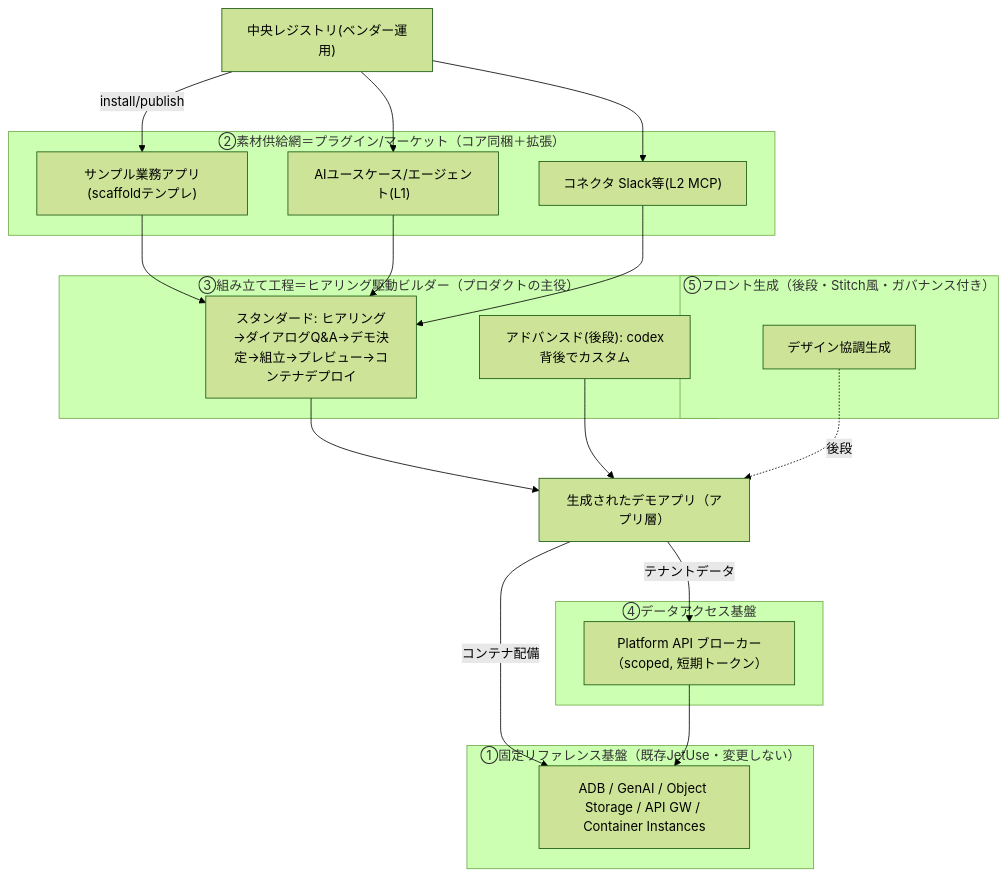
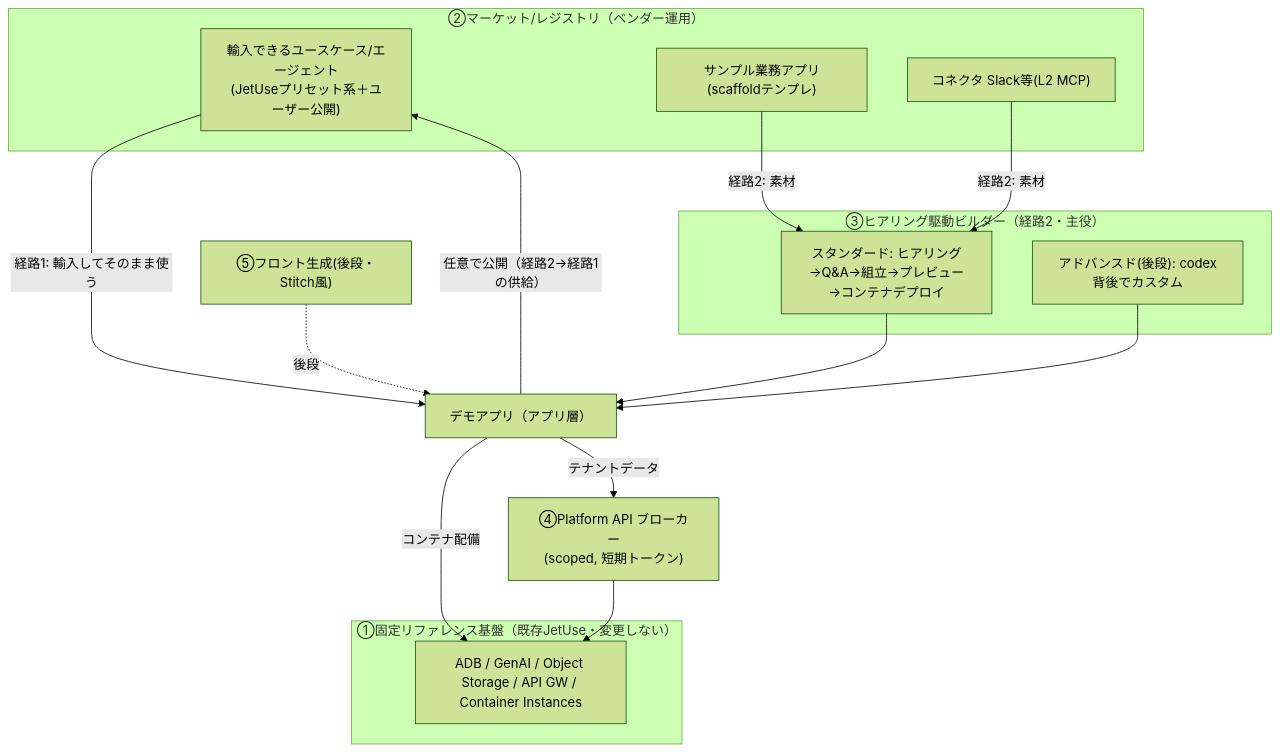
The diagram in docs/enhance/202607-demo-platform-plan.md (sogawa-yk/jetuse), drawn with Mermaid (forest theme) before and after one commit. The commit also changed other lines of this file, not shown here.

Commit message:
docs(enhance): clarify two usage paths (import vs build) in demo-platform plan
マーケットのAIユースケースは「ビルダーで合成する素材」ではなく「既にあれば輸入して
そのまま使う完成品」であることを明確化（施主指摘 2026-06-25）。
- 経路1: マーケットから輸入して使う（JetUseプリセット系＋ユーザー任意公開）= D4のMVP
- 経路2: 該当が無ければヒアリングビルダーで新規構成（素材=サンプルアプリ＋AI機能＋コネクタ）
- 循環: 経路2の成果は任意公開で経路1の供給になる
§1.4 追加、§3 概念図と§6を経路分離で修正。タスク分解(PLG/SBA)は影響なし。

````diff
--- a/docs/enhance/202607-demo-platform-plan.md
+++ b/docs/enhance/202607-demo-platform-plan.md
@@ -57,33 +64,27 @@
 ```mermaid
 flowchart TD
   subgraph L0["①固定リファレンス基盤（既存JetUse・変更しない）"]
     INFRA["ADB / GenAI / Object Storage / API GW / Container Instances"]
   end
-  subgraph L4["⑤フロント生成（後段・Stitch風・ガバナンス付き）"]
-    FE["デザイン協調生成"]
+  subgraph MP["②マーケット/レジストリ（ベンダー運用）"]
+    AIUC["輸入できるユースケース/エージェント\n(JetUseプリセット系＋ユーザー公開)"]
+    SBA["サンプル業務アプリ(scaffoldテンプレ)"]
+    CON["コネクタ Slack等(L2 MCP)"]
   end
-  subgraph L2b["③組み立て工程＝ヒアリング駆動ビルダー（プロダクトの主役）"]
-    STD["スタンダード: ヒアリング→ダイアログQ&A→デモ決定→組立→プレビュー→コンテナデプロイ"]
+  subgraph BLD["③ヒアリング駆動ビルダー（経路2・主役）"]
+    STD["スタンダード: ヒアリング→Q&A→組立→プレビュー→コンテナデプロイ"]
     ADV["アドバンスド(後段): codex背後でカスタム"]
   end
-  subgraph L1b["②素材供給網＝プラグイン/マーケット（コア同梱＋拡張）"]
-    SBA["サンプル業務アプリ(scaffoldテンプレ)"]
-    AIUC["AIユースケース/エージェント(L1)"]
-    CON["コネクタ Slack等(L2 MCP)"]
-  end
-  subgraph L3b["④データアクセス基盤"]
-    PAPI["Platform API ブローカー（scoped, 短期トークン）"]
-  end
+  PAPI["④Platform API ブローカー\n(scoped, 短期トークン)"]
+  FE["⑤フロント生成(後段・Stitch風)"]
 
-  SBA --> STD
-  AIUC --> STD
-  CON --> STD
-  STD --> DEMO["生成されたデモアプリ（アプリ層）"]
+  AIUC -->|"経路1: 輸入してそのまま使う"| DEMO["デモアプリ（アプリ層）"]
+  SBA -->|"経路2: 素材"| STD
+  CON -->|"経路2: 素材"| STD
+  STD --> DEMO
   ADV --> DEMO
+  FE -.後段.-> DEMO
+  DEMO -->|"任意で公開（経路2→経路1の供給）"| AIUC
   DEMO -->|コンテナ配備| INFRA
   DEMO -->|テナントデータ| PAPI --> INFRA
-  FE -.後段.-> DEMO
-  REG["中央レジストリ(ベンダー運用)"] -->|install/publish| SBA
-  REG --> AIUC
-  REG --> CON
 ```
````
